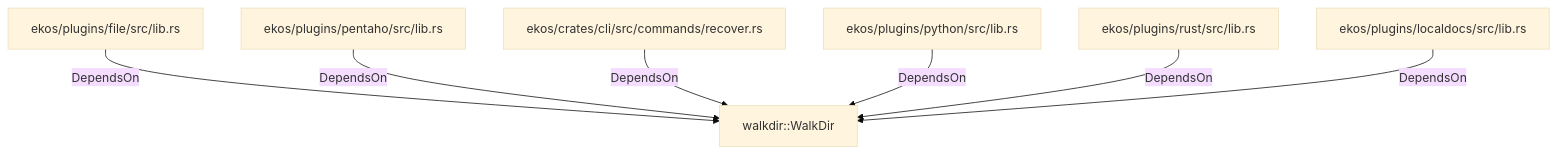
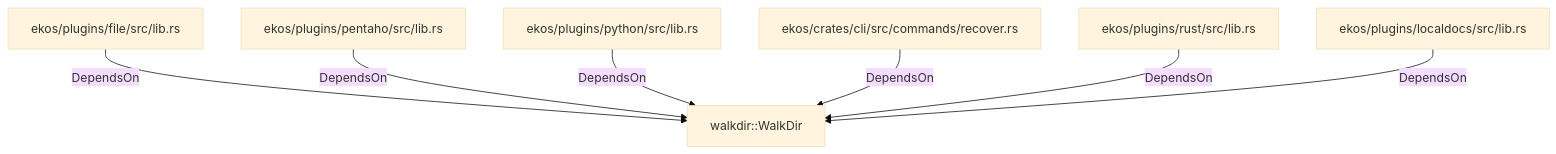
The diagram in doc/entities/rustmodule/wa/walkdir-walkdir.md (alexeyban/EKOS), drawn with Mermaid (base theme) before and after one commit. The commit also changed other lines of this file and 552 other files, not shown here.

````diff
--- a/doc/entities/rustmodule/wa/walkdir-walkdir.md
+++ b/doc/entities/rustmodule/wa/walkdir-walkdir.md
@@ -20,16 +20,16 @@
 ```mermaid
 graph TD
     n405eaea983a354b88ec5648321e34f23["walkdir::WalkDir"]
     n7cdc525366175e4981c79e227a76c44b["ekos/plugins/file/src/lib.rs"]
     n7cdc525366175e4981c79e227a76c44b -->|DependsOn| n405eaea983a354b88ec5648321e34f23
     ncebff2b581425508b8ad01561647c1cc["ekos/plugins/pentaho/src/lib.rs"]
     ncebff2b581425508b8ad01561647c1cc -->|DependsOn| n405eaea983a354b88ec5648321e34f23
+    na3158b707e78550185934a22c3e9c266["ekos/plugins/python/src/lib.rs"]
+    na3158b707e78550185934a22c3e9c266 -->|DependsOn| n405eaea983a354b88ec5648321e34f23
     n7e02bcf9a7b450998255130d9ef401bb["ekos/crates/cli/src/commands/recover.rs"]
     n7e02bcf9a7b450998255130d9ef401bb -->|DependsOn| n405eaea983a354b88ec5648321e34f23
-    na3158b707e78550185934a22c3e9c266["ekos/plugins/python/src/lib.rs"]
-    na3158b707e78550185934a22c3e9c266 -->|DependsOn| n405eaea983a354b88ec5648321e34f23
     n1a06302ff3735d4e95923d99844910e8["ekos/plugins/rust/src/lib.rs"]
     n1a06302ff3735d4e95923d99844910e8 -->|DependsOn| n405eaea983a354b88ec5648321e34f23
     n1ed81bd19be15cda91589ad4f1980e3d["ekos/plugins/localdocs/src/lib.rs"]
     n1ed81bd19be15cda91589ad4f1980e3d -->|DependsOn| n405eaea983a354b88ec5648321e34f23
 ```
````
